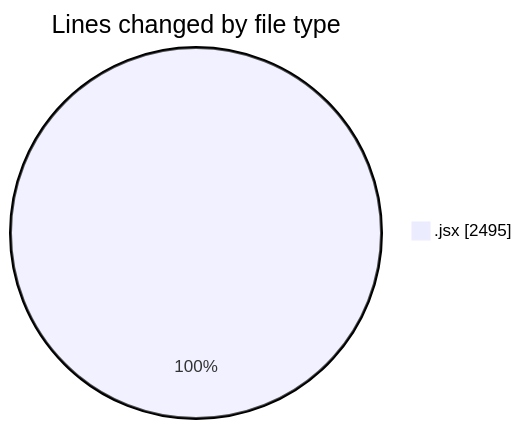
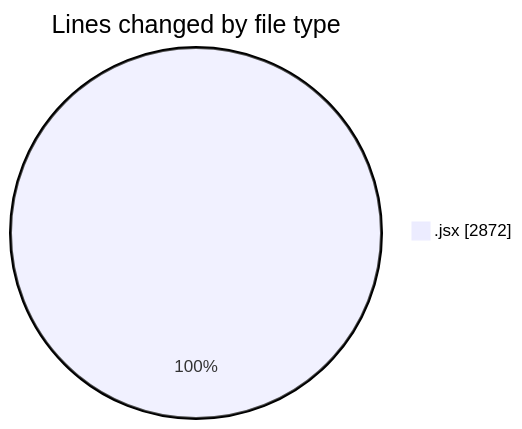
Before and after one commit to nxtqubesakshisongat/code-tracking: the first of 2 diagrams in 2025-10-07/nxtqube_webapp/README.md, drawn with Mermaid. The commit also changed other lines of this file and 1 other file, not shown here.

````diff
--- a/2025-10-07/nxtqube_webapp/README.md
+++ b/2025-10-07/nxtqube_webapp/README.md
@@ -20,5 +20,5 @@
 ```mermaid
 pie showData
 title Lines changed by file type
-".jsx" : 2495
+".jsx" : 2872
 ```
````
